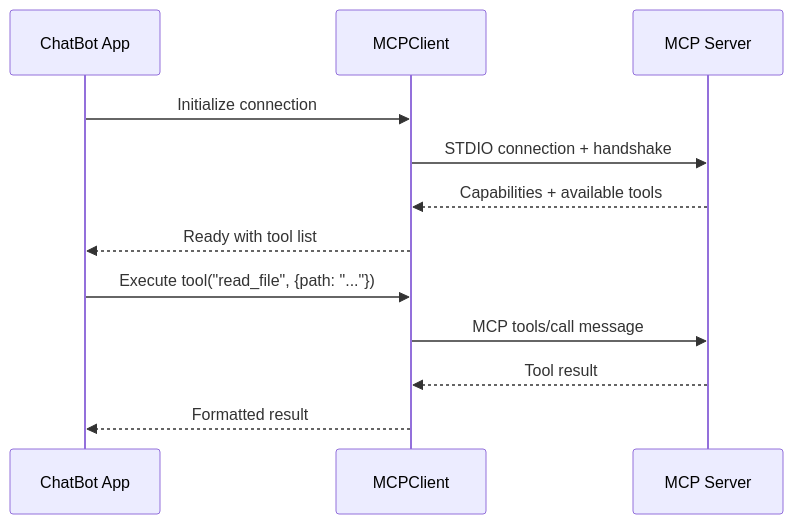
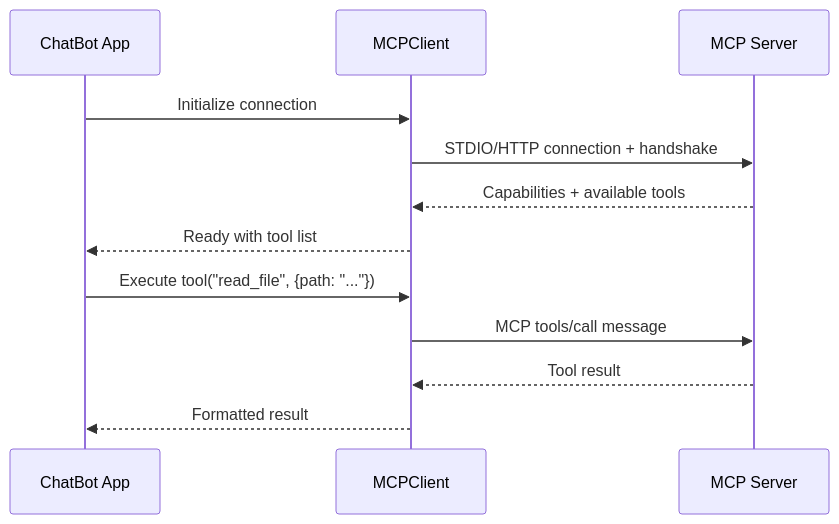
The second of 4 diagrams in README.md (adamsiemaszkiewicz/ubs-mcp-poc), drawn with Mermaid before and after one commit. The commit also changed other lines of this file, not shown here.

Commit message:
Enhance README.md to document auto-transport detection in MCPClient, detailing connection setup for both STDIO and HTTP transports. Update examples and configuration sections to reflect new functionality, improving clarity for users on server initialization and usage.

````diff
--- a/README.md
+++ b/README.md
@@ -72,16 +72,16 @@
 ```mermaid
 sequenceDiagram
     participant App as ChatBot App
     participant Client as MCPClient
     participant Server as MCP Server
     
     App->>Client: Initialize connection
-    Client->>Server: STDIO connection + handshake
+    Client->>Server: STDIO/HTTP connection + handshake
     Server-->>Client: Capabilities + available tools
     Client-->>App: Ready with tool list
     
     App->>Client: Execute tool("read_file", {path: "..."})
     Client->>Server: MCP tools/call message
     Server-->>Client: Tool result
     Client-->>App: Formatted result
 ```
````
